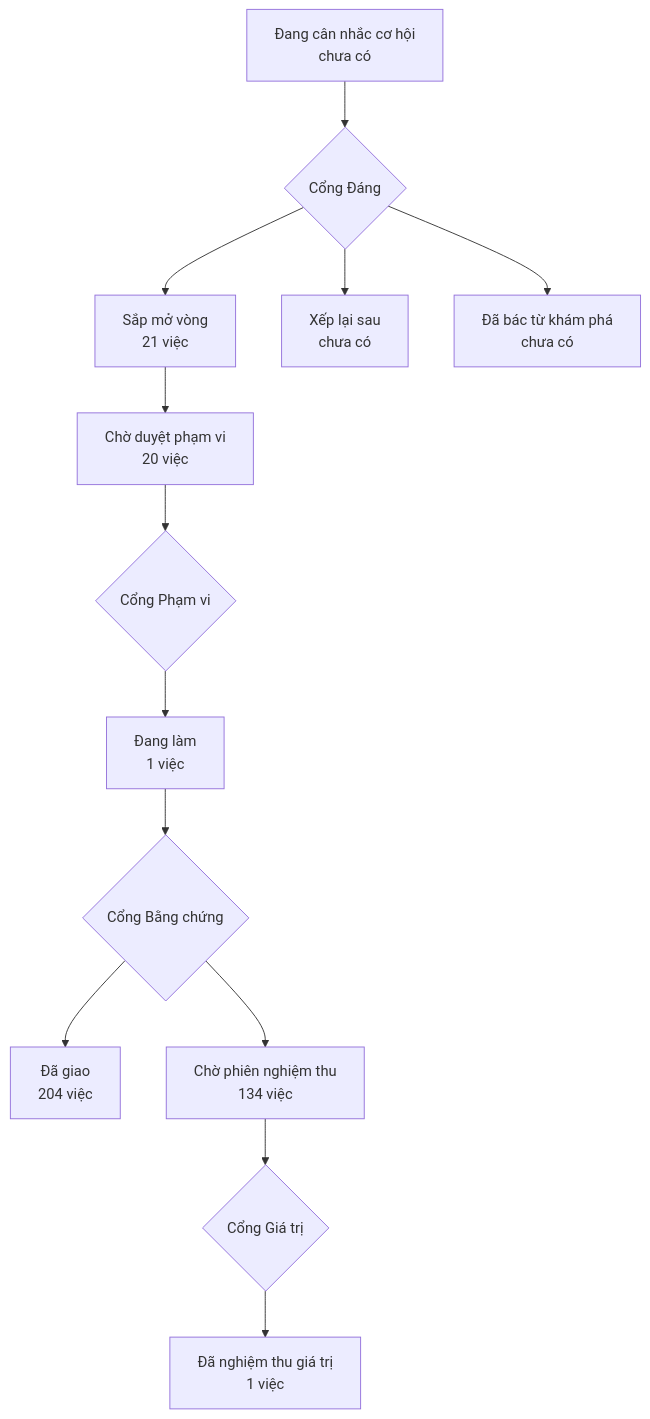
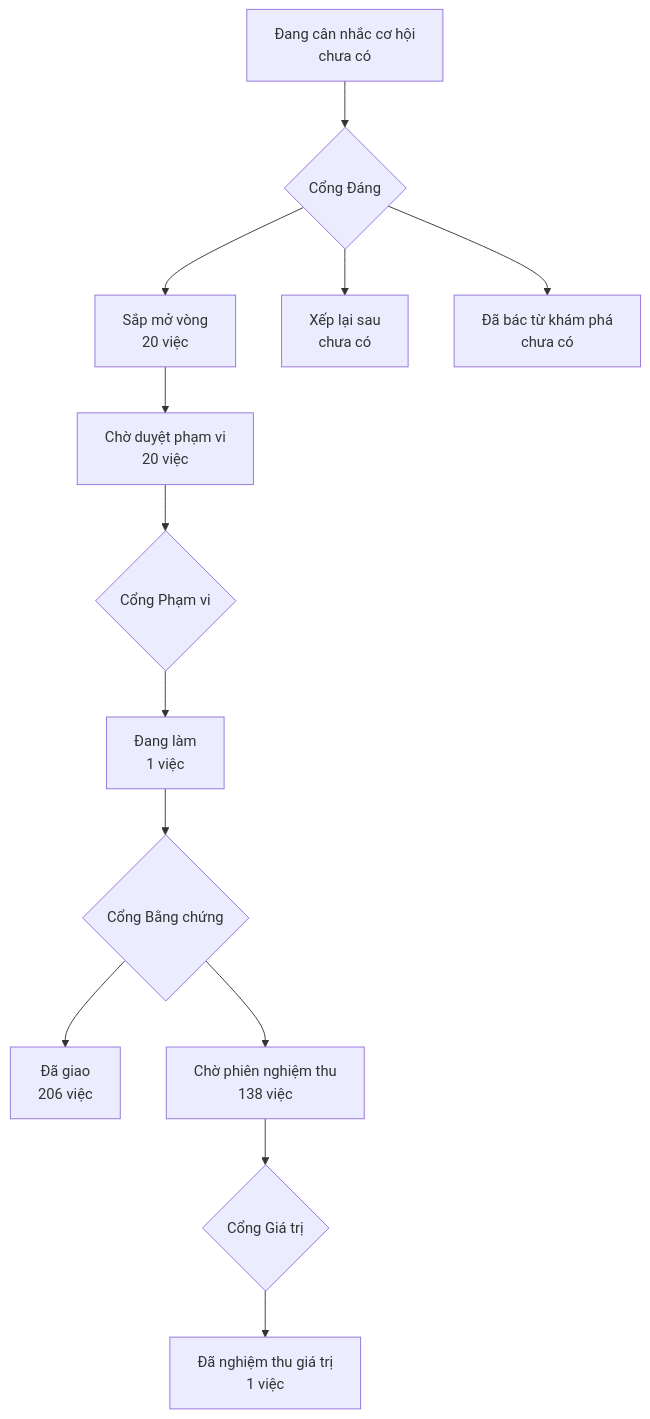
One commit to phanlemanh/onehub-invest changed the diagram in PRODUCT-MAP.md. Above: the diagram before and after it, drawn with Mermaid. The commit also changed other lines of this file and 1 other file, not shown here.

````diff
--- a/PRODUCT-MAP.md
+++ b/PRODUCT-MAP.md
@@ -7,12 +7,12 @@
 ```mermaid
 flowchart TD
   A["Đang cân nhắc cơ hội<br/>chưa có"] --> GD{"Cổng Đáng"}
-  GD --> B["Sắp mở vòng<br/>21 việc"]
+  GD --> B["Sắp mở vòng<br/>20 việc"]
   GD --> XL["Xếp lại sau<br/>chưa có"]
   GD --> DB["Đã bác từ khám phá<br/>chưa có"]
   B --> CD["Chờ duyệt phạm vi<br/>20 việc"] --> GP{"Cổng Phạm vi"}
   GP --> DL["Đang làm<br/>1 việc"] --> GB{"Cổng Bằng chứng"}
-  GB --> DG["Đã giao<br/>204 việc"]
-  GB --> CN["Chờ phiên nghiệm thu<br/>134 việc"] --> GG{"Cổng Giá trị"}
+  GB --> DG["Đã giao<br/>206 việc"]
+  GB --> CN["Chờ phiên nghiệm thu<br/>138 việc"] --> GG{"Cổng Giá trị"}
   GG --> NT["Đã nghiệm thu giá trị<br/>1 việc"]
 ```
````
